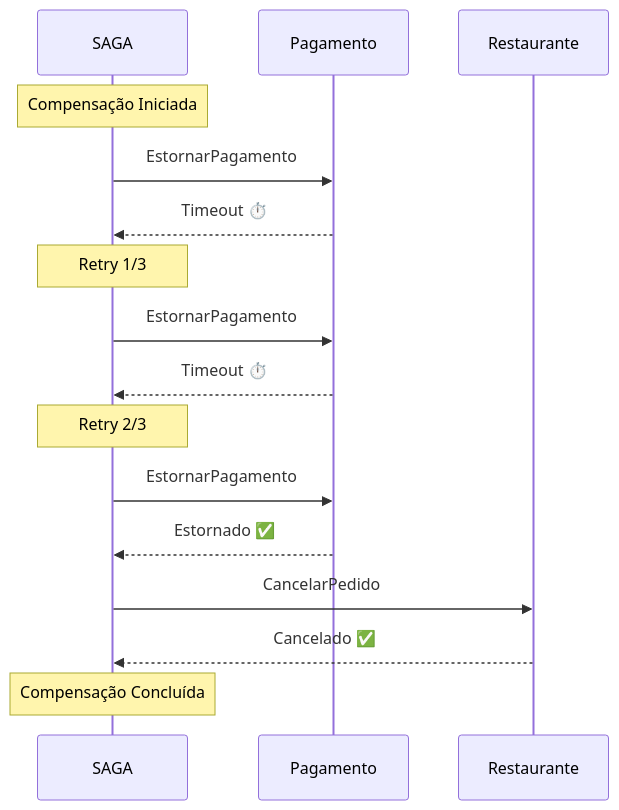
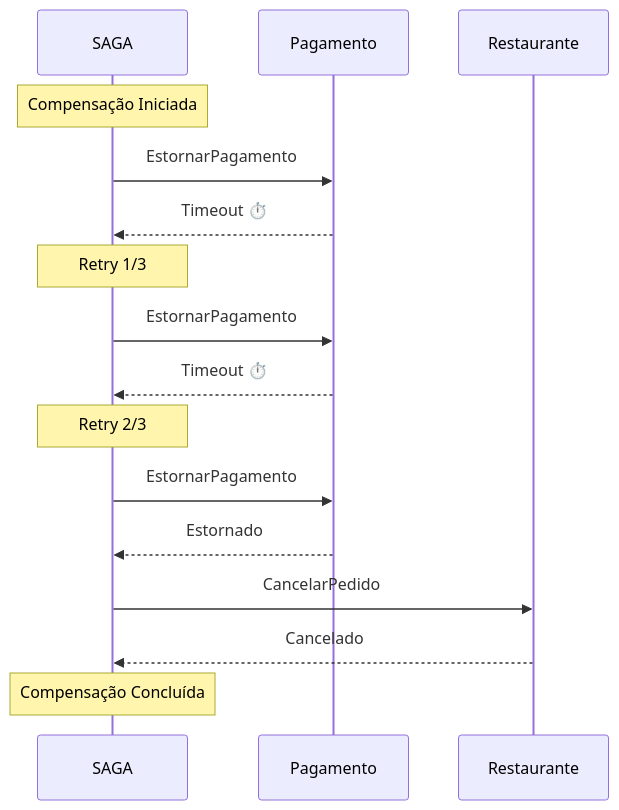
Before and after one commit to felipemarcianodev/saga-poc-dotnet: the fifth of 9 diagrams in docs/diagramas-compensacao.md, drawn with Mermaid. The commit also changed other lines of this file and 70 other files, not shown here.

````diff
--- a/docs/diagramas-compensacao.md
+++ b/docs/diagramas-compensacao.md
@@ -159,24 +159,24 @@
 ```mermaid
 sequenceDiagram
     participant SAGA
     participant Pagamento
     participant Restaurante
 
     Note over SAGA: Compensação Iniciada
 
     SAGA->>Pagamento: EstornarPagamento
     Pagamento-->>SAGA: Timeout ⏱️
 
     Note over SAGA: Retry 1/3
     SAGA->>Pagamento: EstornarPagamento
     Pagamento-->>SAGA: Timeout ⏱️
 
     Note over SAGA: Retry 2/3
     SAGA->>Pagamento: EstornarPagamento
-    Pagamento-->>SAGA: Estornado ✅
+    Pagamento-->>SAGA: Estornado
 
     SAGA->>Restaurante: CancelarPedido
-    Restaurante-->>SAGA: Cancelado ✅
+    Restaurante-->>SAGA: Cancelado
 
     Note over SAGA: Compensação Concluída
 ```
````
